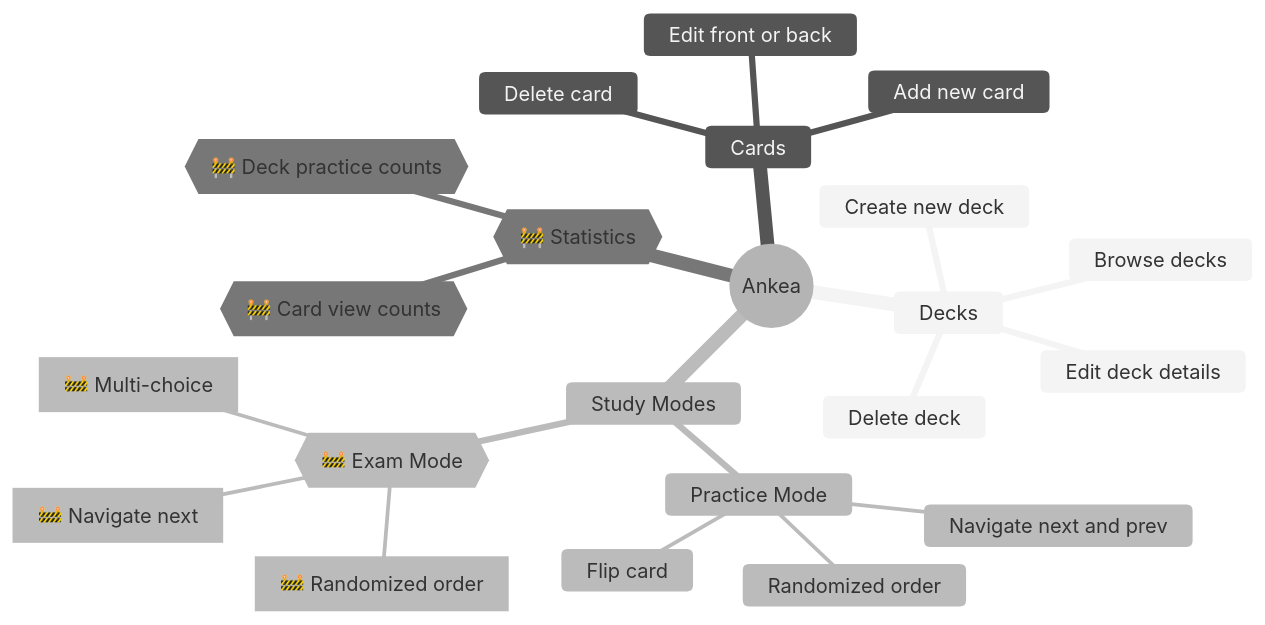
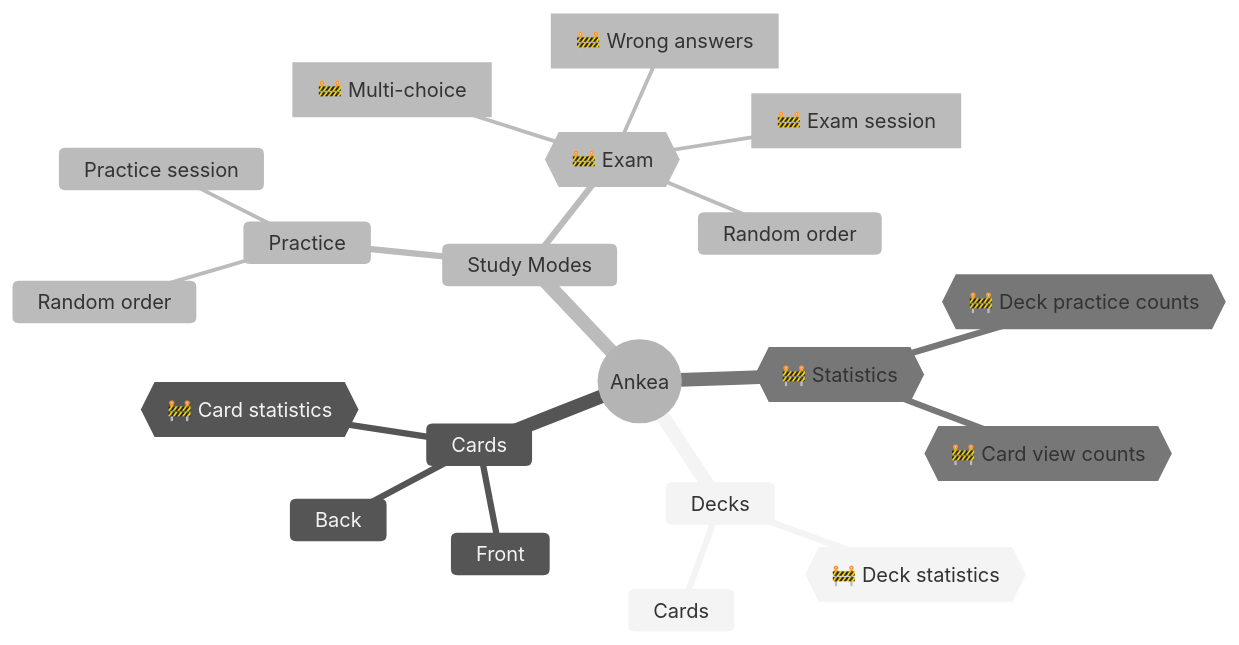
The third of 7 diagrams in docs/project_plan.md (sourander/ankea), drawn with Mermaid (neutral theme) before and after one commit. The commit also changed other lines of this file and 3 other files, not shown here.

````diff
--- a/docs/project_plan.md
+++ b/docs/project_plan.md
@@ -83,25 +90,23 @@
 ```mermaid
 mindmap
   root((Ankea))
     Decks
-        Browse decks
-        Create new deck
-        Edit deck details
-        Delete deck
+        Cards
+        Stats{{🚧 Deck statistics}}
     Cards
-        Add new card
-        Edit front or back
-        Delete card
+        Front
+        Back
+        Stats{{🚧 Card statistics}}
     Study Modes
-        Practice Mode
-            Randomized order
-            Flip card
-            Navigate next and prev
-        ExamMode{{🚧 Exam Mode}}
-            ExamRand[🚧 Randomized order]
-            ExamNav[🚧 Navigate next]
+        Practice
+            Random order
+            Practice session
+        Exam{{🚧 Exam}}
+            Random order
+            Exam session[🚧 Exam session]
+            ExamAltAnswers[🚧 Wrong answers]
             ExamChoice[🚧 Multi-choice]
     Statistics{{🚧 Statistics}}
         CardViews{{🚧 Card view counts}}
         DeckPrac{{🚧 Deck practice counts}}
 ```
````
